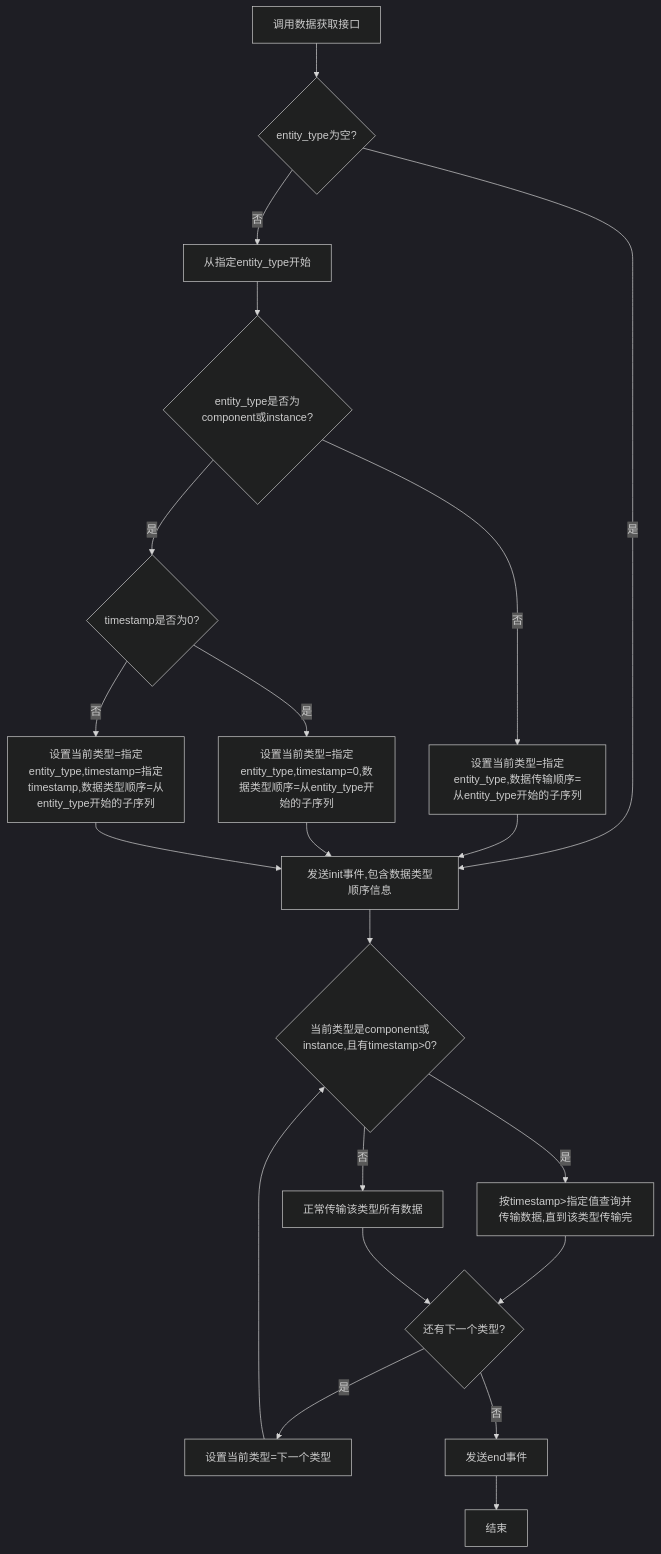
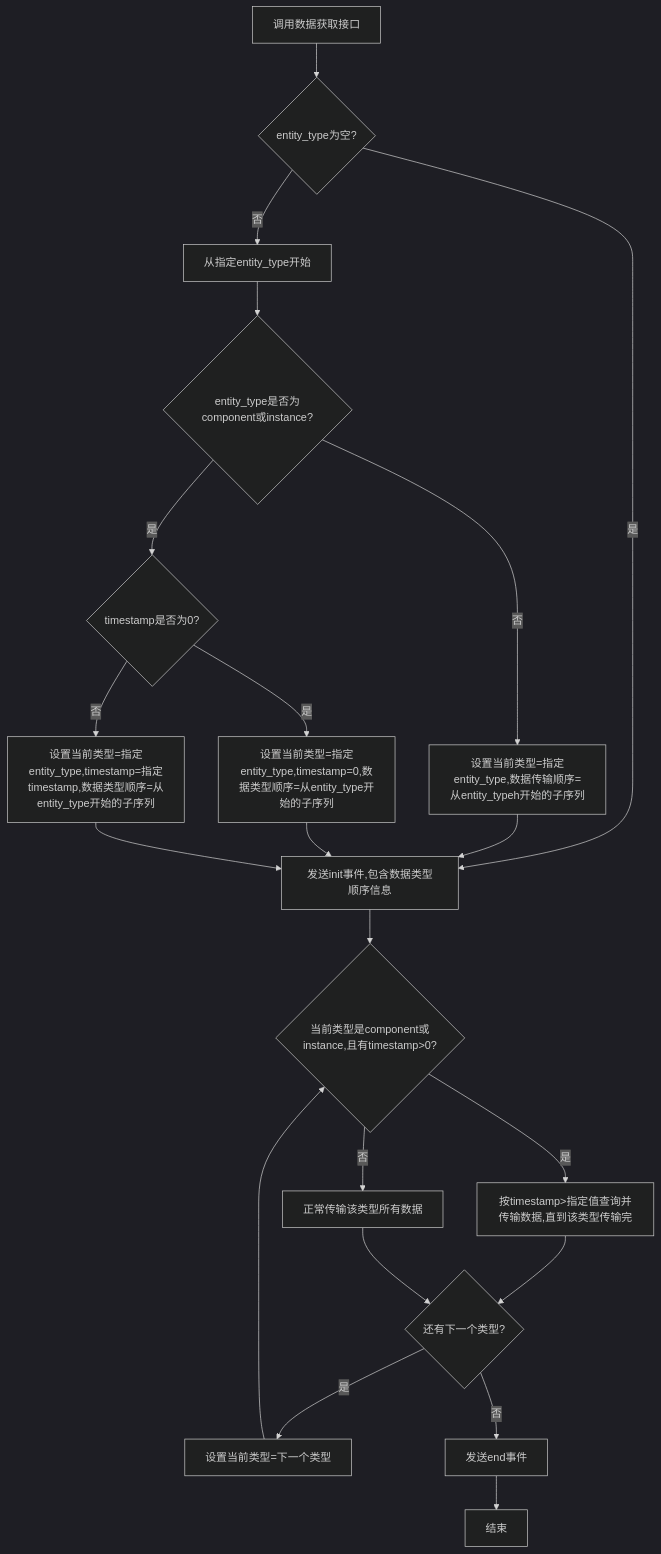
One commit to yingjianzh/iodraw-files changed the diagram in all/未命名-63.md. Above: the diagram before and after it, drawn with Mermaid (dark theme).

Commit message:
2025-05-19 13:44:58 update

````diff
--- a/all/未命名-63.md
+++ b/all/未命名-63.md
@@ -1,35 +1,35 @@
 ```mermaid
 
 flowchart TD
     A[调用数据获取接口] --> B{entity_type为空?}
 
     B -->|是| K[发送init事件,包含数据类型顺序信息]
     B -->|否| D[从指定entity_type开始]
     
     D --> F{entity_type是否为component或instance?}
     
-    F -->|否| G[设置当前类型=指定entity_type,数据传输顺序=从entity_type开始的子序列]
+    F -->|否| G[设置当前类型=指定entity_type,数据传输顺序=从entity_typeh开始的子序列]
     F -->|是| H{timestamp是否为0?}
     
     H -->|是| I[设置当前类型=指定entity_type,timestamp=0,数据类型顺序=从entity_type开始的子序列]
     H -->|否| J[设置当前类型=指定entity_type,timestamp=指定timestamp,数据类型顺序=从entity_type开始的子序列]
     
     G --> K
     I --> K
     J --> K
     
    
     K --> P{当前类型是component或instance,且有timestamp>0?}
     P -->|是| Q[按timestamp>指定值查询并传输数据,直到该类型传输完]
     P -->|否| R[正常传输该类型所有数据]
     
     Q --> T{还有下一个类型?}
     R --> T
     
     T -->|是| U[设置当前类型=下一个类型]
     T -->|否| V[发送end事件]
     
     U --> P
     V --> W[结束]
 
 ```
````
